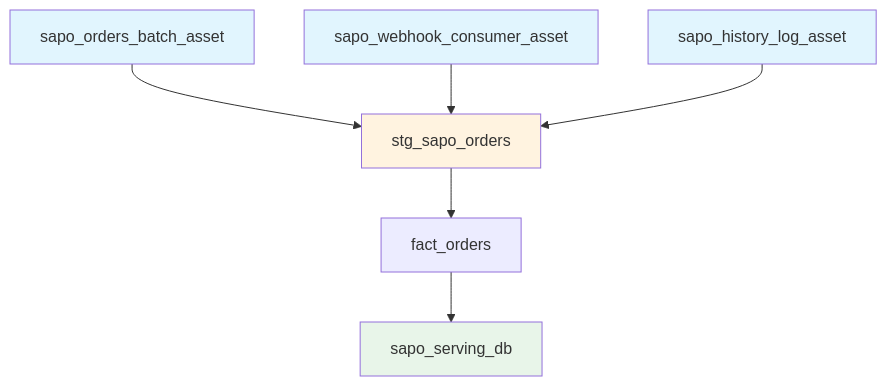
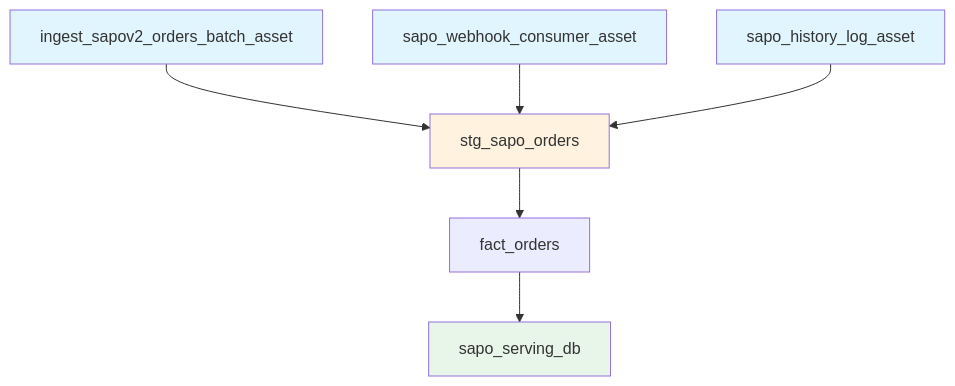
Before and after one commit to vantt/data-integration: the diagram in orchestration/docs/ASSETS.md, drawn with Mermaid. The commit also changed other lines of this file and 19 other files, not shown here.

Commit message:
refactor(orchestration): rename sapo_orders_batch_asset to ingest_sapov2_orders_batch_asset

````diff
--- a/orchestration/docs/ASSETS.md
+++ b/orchestration/docs/ASSETS.md
@@ -123,29 +123,29 @@
 ```mermaid
 graph TD
     %% Ingestion
-    Batch[sapo_orders_batch_asset]
+    Batch[ingest_sapov2_orders_batch_asset]
     Webhook[sapo_webhook_consumer_asset]
     History[sapo_history_log_asset]
 
     %% Staging (The Convergence Point)
     Staging[stg_sapo_orders]
 
     %% Downstream
     Fact[fact_orders]
     Serving[sapo_serving_db]
 
     %% Flows
     Batch --> Staging
     Webhook --> Staging
     History --> Staging
 
     Staging --> Fact
     Fact --> Serving
 
     %% Styling
     style Batch fill:#e1f5fe
     style Webhook fill:#e1f5fe
     style History fill:#e1f5fe
     style Staging fill:#fff3e0
     style Serving fill:#e8f5e9
 ```
````
